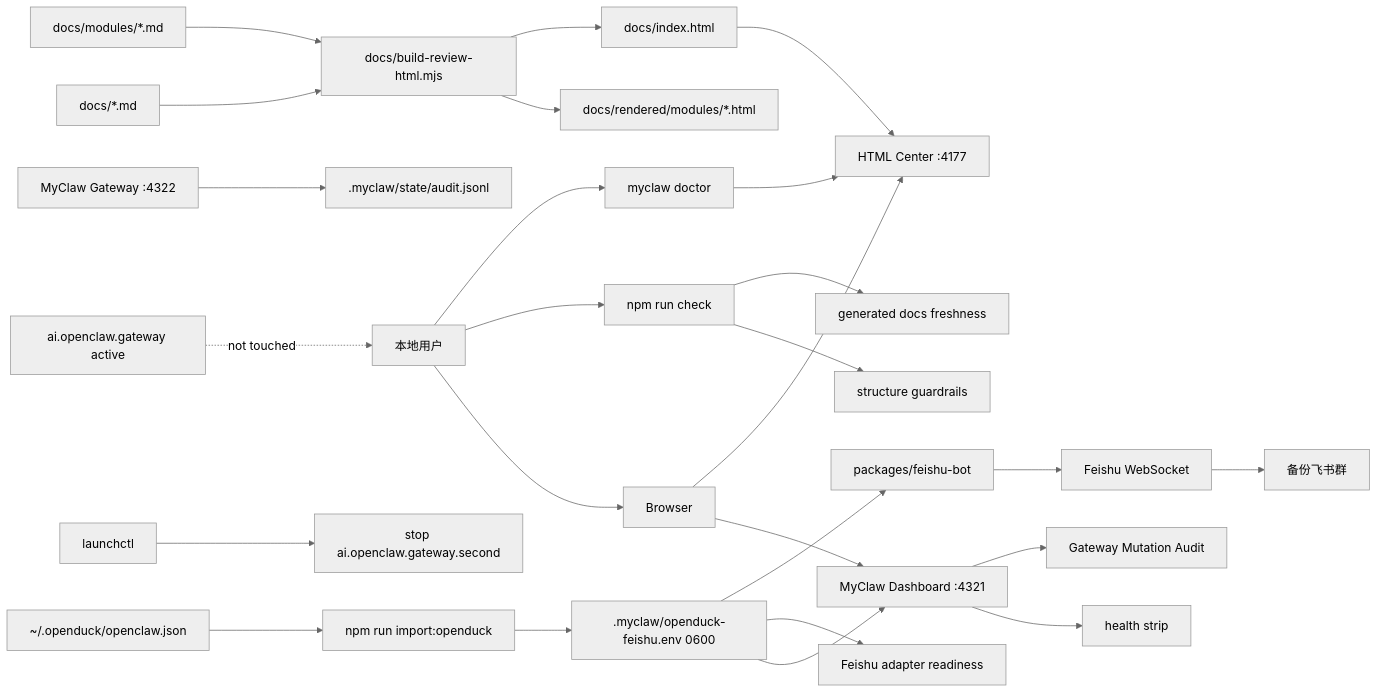
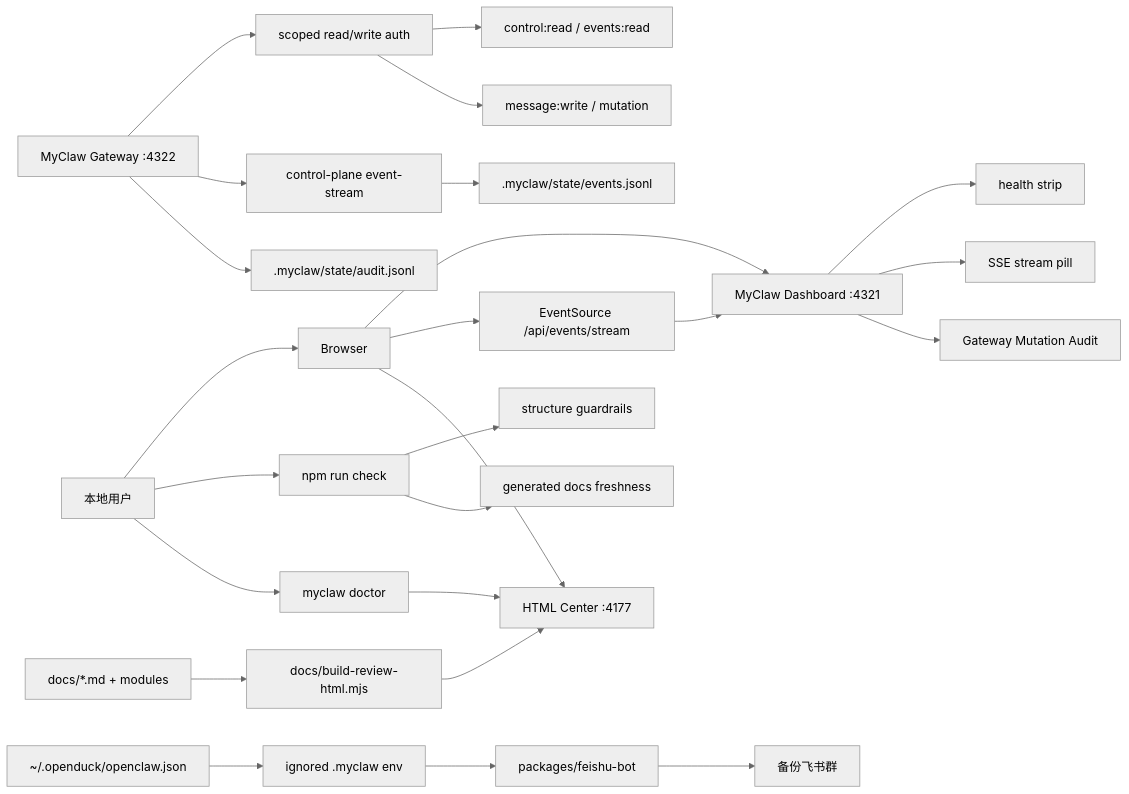
The third of 10 diagrams in docs/implementation-architecture.md (mayf3/myclaw), drawn with Mermaid (neutral theme) before and after one commit. The commit also changed other lines of this file and 28 other files, not shown here.

Commit message:
feat: add gateway event stream scoped tokens

````diff
--- a/docs/implementation-architecture.md
+++ b/docs/implementation-architecture.md
@@ -76,28 +77,27 @@
 ```mermaid
 flowchart LR
   User[本地用户] --> Browser[Browser]
   Browser --> Dashboard[MyClaw Dashboard :4321]
   Dashboard --> Health[health strip]
+  Dashboard --> Stream[SSE stream pill]
   Dashboard --> AuditView[Gateway Mutation Audit]
+  Browser --> EventSource[EventSource /api/events/stream]
+  EventSource --> Dashboard
+  Gateway[MyClaw Gateway :4322] --> ScopedAuth[scoped read/write auth]
+  ScopedAuth --> ReadPlane[control:read / events:read]
+  ScopedAuth --> WritePlane[message:write / mutation]
+  Gateway --> EventStream[control-plane event-stream]
+  EventStream --> EventsLog[.myclaw/state/events.jsonl]
   Gateway[MyClaw Gateway :4322] --> AuditLog[.myclaw/state/audit.jsonl]
   Browser --> HtmlCenter[HTML Center :4177]
   User --> Check[npm run check]
   Check --> Structure[structure guardrails]
   Check --> Generated[generated docs freshness]
   User --> Doctor[myclaw doctor]
   Doctor --> HtmlCenter
-  Openduck[~/.openduck/openclaw.json] --> Import[npm run import:openduck]
-  Import --> LocalEnv[.myclaw/openduck-feishu.env 0600]
-  LocalEnv --> Dashboard
-  LocalEnv --> FeishuAdapter[Feishu adapter readiness]
+  Openduck[~/.openduck/openclaw.json] --> LocalEnv[ignored .myclaw env]
   LocalEnv --> FeishuBot[packages/feishu-bot]
-  FeishuBot --> FeishuWs[Feishu WebSocket]
-  FeishuWs --> FeishuGroup[备份飞书群]
-  Launchctl[launchctl] --> StopSecond[stop ai.openclaw.gateway.second]
-  ActiveOpenClaw[ai.openclaw.gateway active] -.not touched.-> User
-  Docs[docs/*.md] --> Builder[docs/build-review-html.mjs]
-  Modules[docs/modules/*.md] --> Builder
-  Builder --> Rendered[docs/rendered/modules/*.html]
-  Builder --> Index[docs/index.html]
-  Index --> HtmlCenter
+  FeishuBot --> FeishuGroup[备份飞书群]
+  Docs[docs/*.md + modules] --> Builder[docs/build-review-html.mjs]
+  Builder --> HtmlCenter
 ```
````
